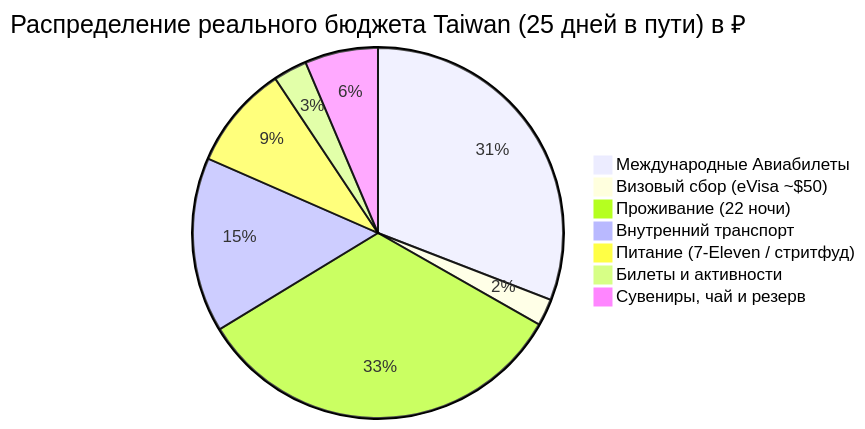
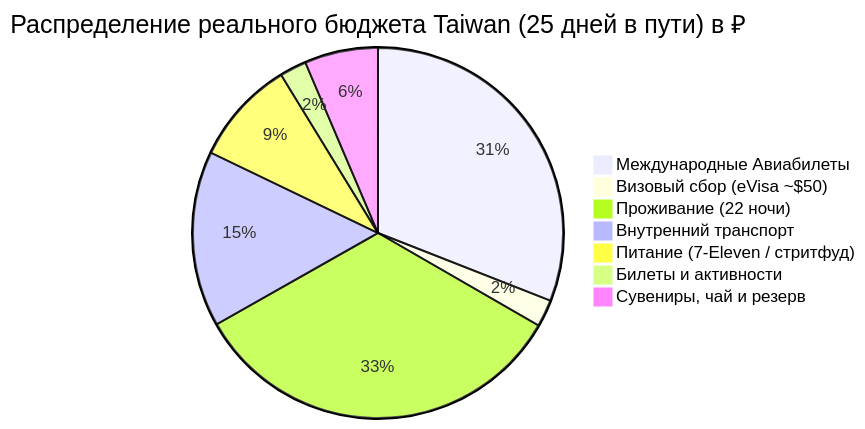
Before and after one commit to injurka/obsidian-mark: the diagram in Personal Note/Travel/-- Taiwan/04 - Финансы/Финансы.md, drawn with Mermaid. The commit also changed other lines of this file and 50 other files, not shown here.

````diff
--- a/Personal Note/Travel/-- Taiwan/04 - Финансы/Финансы.md
+++ b/Personal Note/Travel/-- Taiwan/04 - Финансы/Финансы.md
@@ -12,10 +12,10 @@
 ```mermaid
 pie title Распределение реального бюджета Taiwan (25 дней в пути) в ₽
     "Международные Авиабилеты" : 62793
     "Визовый сбор (eVisa ~$50)" : 4800
-    "Проживание (22 ночи)" : 67272
-    "Внутренний транспорт" : 31040
+    "Проживание (22 ночи)" : 67895
+    "Внутренний транспорт" : 31095
     "Питание (7-Eleven / стритфуд)" : 18500
-    "Билеты и активности" : 6000
+    "Билеты и активности" : 4740
     "Сувениры, чай и резерв" : 13000
 ```
````
